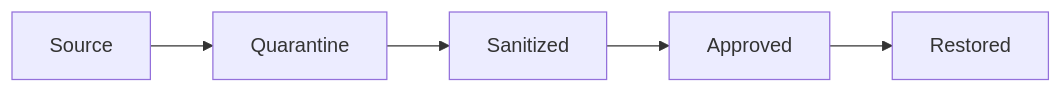
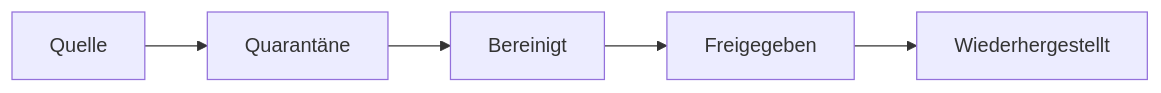
The diagram in README.md (panzaknacker/umzug-toolkit), drawn with Mermaid before and after one commit. The commit also changed other lines of this file and 7 other files, not shown here.

````diff
--- a/README.md
+++ b/README.md
@@ -44,7 +44,7 @@
 ```mermaid
 flowchart LR
-    source[Source] --> quarantine[Quarantine]
-    quarantine --> sanitized[Sanitized]
-    sanitized --> approved[Approved]
-    approved --> restored[Restored]
+    source[Quelle] --> quarantine[Quarantäne]
+    quarantine --> sanitized[Bereinigt]
+    sanitized --> approved[Freigegeben]
+    approved --> restored[Wiederhergestellt]
 ```
````
